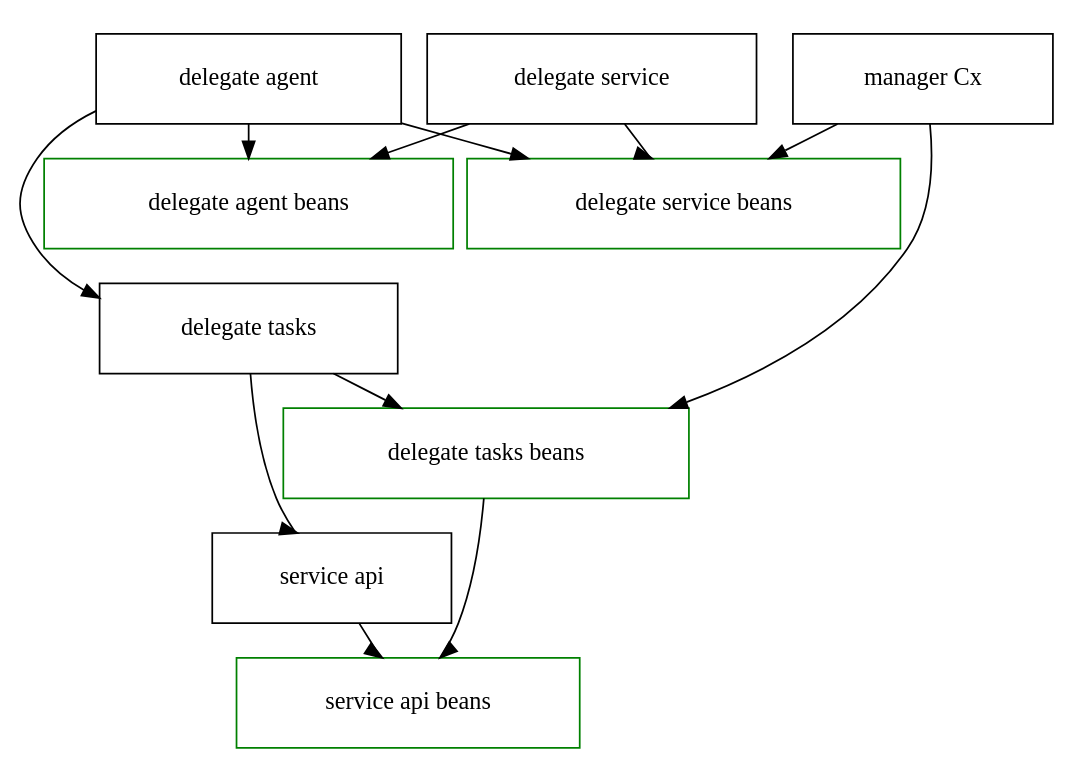
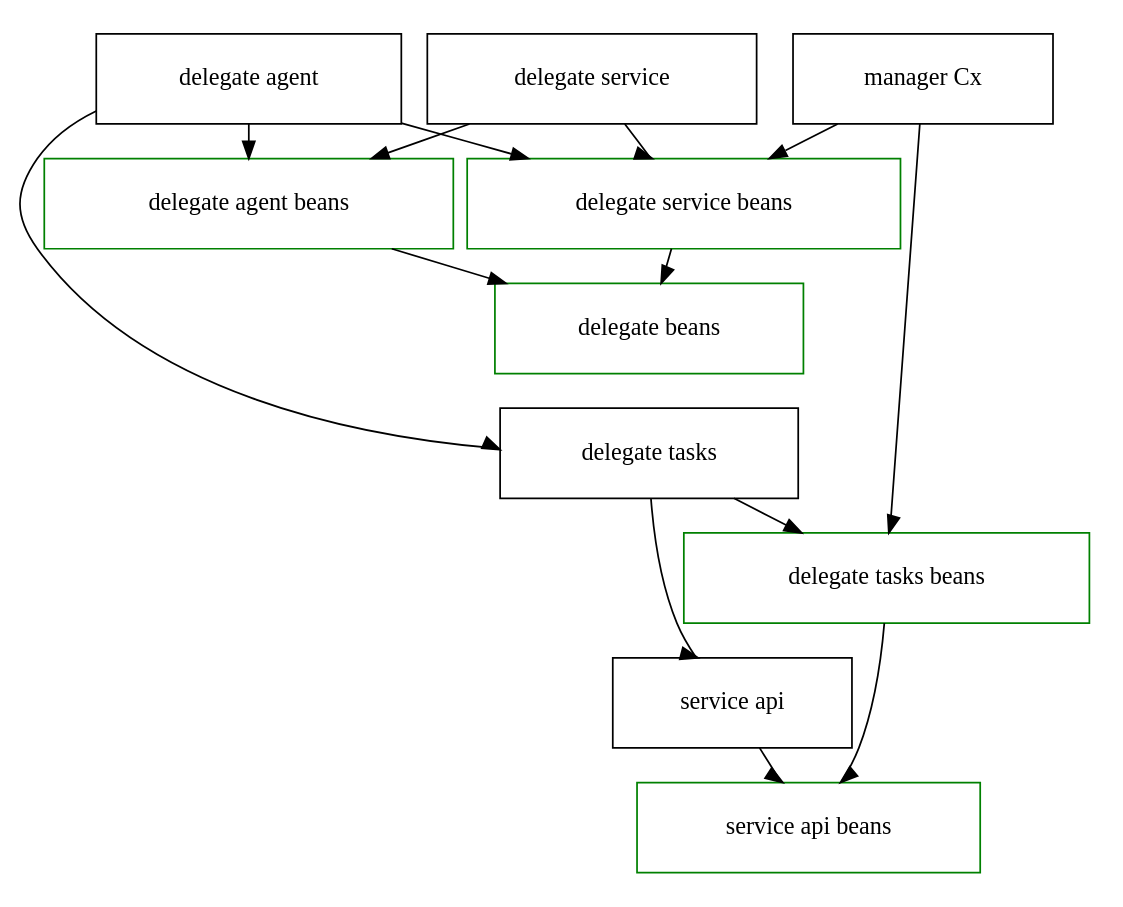
One commit to pranay-harness/harness-core changed the diagram in img/graphviz/layers.dot. Above: the diagram before and after it, drawn with Graphviz. The commit also changed 60 other files, not shown here.

```diff
--- a/img/graphviz/layers.dot
+++ b/img/graphviz/layers.dot
@@ -1,64 +1,73 @@
 digraph G {
   compound=true;
   subgraph cluster_service_api_beans {
    color=green
    service_api_beans [label="service api beans" color=white];
   }
 
   subgraph cluster_service_api {
     service_api [label="service api" color=white];
   }
 
   subgraph cluster_delegate_tasks_beans {
     color=green
     delegate_tasks_beans [label="delegate tasks beans" color=white];
   }
 
   subgraph cluster_delegate_tasks {
     delegate_tasks [label="delegate tasks" color=white];
+  }
+
+  subgraph cluster_delegate_beans {
+    color=green
+    delegate_beans [label="delegate beans" color=white];
   }
 
   subgraph cluster_delegate_agent_beans {
     color=green
     delegate_agent_beans [label="delegate agent beans" color=white];
   }
 
   subgraph cluster_delegate_agent {
     delegate_agent [label="delegate agent" color=white];
   }
 
   subgraph cluster_delegate_service_beans {
     color=green
     delegate_service_beans [label="delegate service beans" color=white];
   }
 
   subgraph cluster_delegate_service {
     delegate_service [label="delegate service" color=white];
   }
 
   subgraph cluster_manager_cx {
     manager_cx [label="manager Cx" color=white];
   }
 
 
   service_api -> service_api_beans [ltail=cluster_service_api,lhead=cluster_service_api_beans];
   delegate_tasks_beans -> service_api [style=invis];
 
   delegate_tasks_beans -> service_api_beans [ltail=cluster_delegate_tasks_beans,lhead=cluster_service_api_beans];
 
   delegate_tasks -> delegate_tasks_beans [ltail=cluster_delegate_tasks,lhead=cluster_delegate_tasks_beans];
 
   delegate_tasks -> service_api [ltail=cluster_delegate_tasks,lhead=cluster_service_api];
 
-  delegate_agent_beans -> delegate_tasks [style=invis];
+  delegate_agent_beans-> delegate_beans [ltail=cluster_delegate_agent_beans,lhead=cluster_delegate_beans];
+
+  delegate_service_beans-> delegate_beans [ltail=cluster_delegate_service_beans,lhead=cluster_delegate_beans];
+
+  delegate_beans -> delegate_tasks [style=invis];
 
   delegate_agent-> delegate_agent_beans [ltail=cluster_delegate_agent,lhead=cluster_delegate_agent_beans];
   delegate_agent-> delegate_tasks [ltail=cluster_delegate_agent,lhead=cluster_delegate_tasks];
   delegate_agent-> delegate_service_beans [ltail=cluster_delegate_agent,lhead=cluster_delegate_service_beans];
 
   delegate_service-> delegate_service_beans [ltail=cluster_delegate_service,lhead=cluster_delegate_service_beans];
   delegate_service-> delegate_agent_beans [ltail=cluster_delegate_service,lhead=cluster_delegate_agent_beans];
 
   manager_cx-> delegate_service_beans [ltail=cluster_manager_cx,lhead=cluster_delegate_service_beans];
   manager_cx-> delegate_tasks_beans [ltail=cluster_manager_cx,lhead=cluster_delegate_tasks_beans];
 }
```
